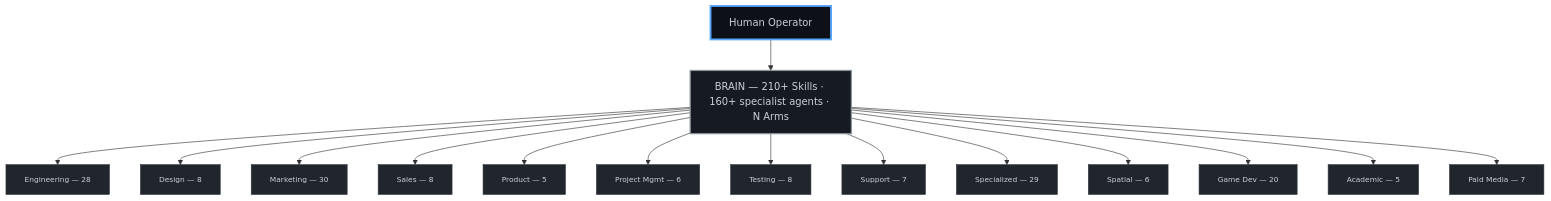
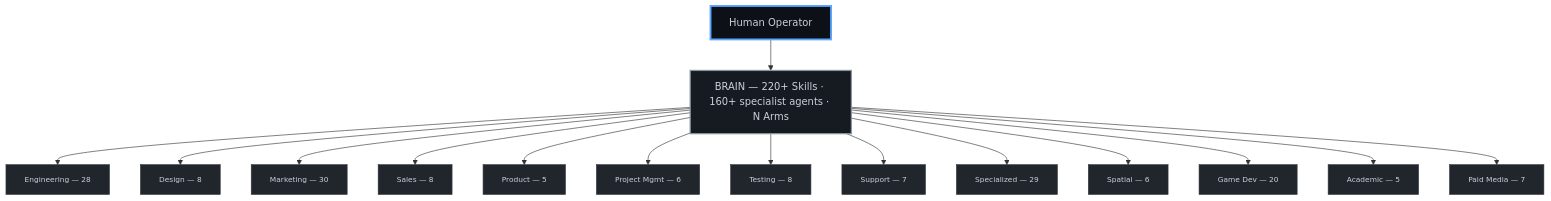
Before and after one commit to CarlosCaPe/octorato: the diagram in README.md, drawn with Mermaid. The commit also changed other lines of this file and 2 other files, not shown here.

First line of the commit message:
feat(brain): whatsapp-mcp bridge gotchas (403 directpath fix + install lessons) (#135)

````diff
--- a/README.md
+++ b/README.md
@@ -415,24 +415,24 @@
 ```mermaid
 graph TB
     classDef ceo fill:#0D1117,stroke:#58A6FF,stroke-width:3px,color:#C9D1D9
     classDef brain fill:#161B22,stroke:#8B949E,stroke-width:2px,color:#C9D1D9
     classDef div fill:#21262D,stroke:#30363D,stroke-width:1px,color:#C9D1D9,font-size:12px
 
     CEO["Human Operator"]:::ceo
-    BRAIN["BRAIN — 210+ Skills · 160+ specialist agents · N Arms"]:::brain
+    BRAIN["BRAIN — 220+ Skills · 160+ specialist agents · N Arms"]:::brain
     CEO --> BRAIN
 
     BRAIN --> ENG["Engineering — 28"]:::div
     BRAIN --> DES["Design — 8"]:::div
     BRAIN --> MKT["Marketing — 30"]:::div
     BRAIN --> SAL["Sales — 8"]:::div
     BRAIN --> PRD["Product — 5"]:::div
     BRAIN --> PM["Project Mgmt — 6"]:::div
     BRAIN --> TST["Testing — 8"]:::div
     BRAIN --> SUP["Support — 7"]:::div
     BRAIN --> SPC["Specialized — 29"]:::div
     BRAIN --> XR["Spatial — 6"]:::div
     BRAIN --> GMD["Game Dev — 20"]:::div
     BRAIN --> ACD["Academic — 5"]:::div
     BRAIN --> PMA["Paid Media — 7"]:::div
 ```
````
